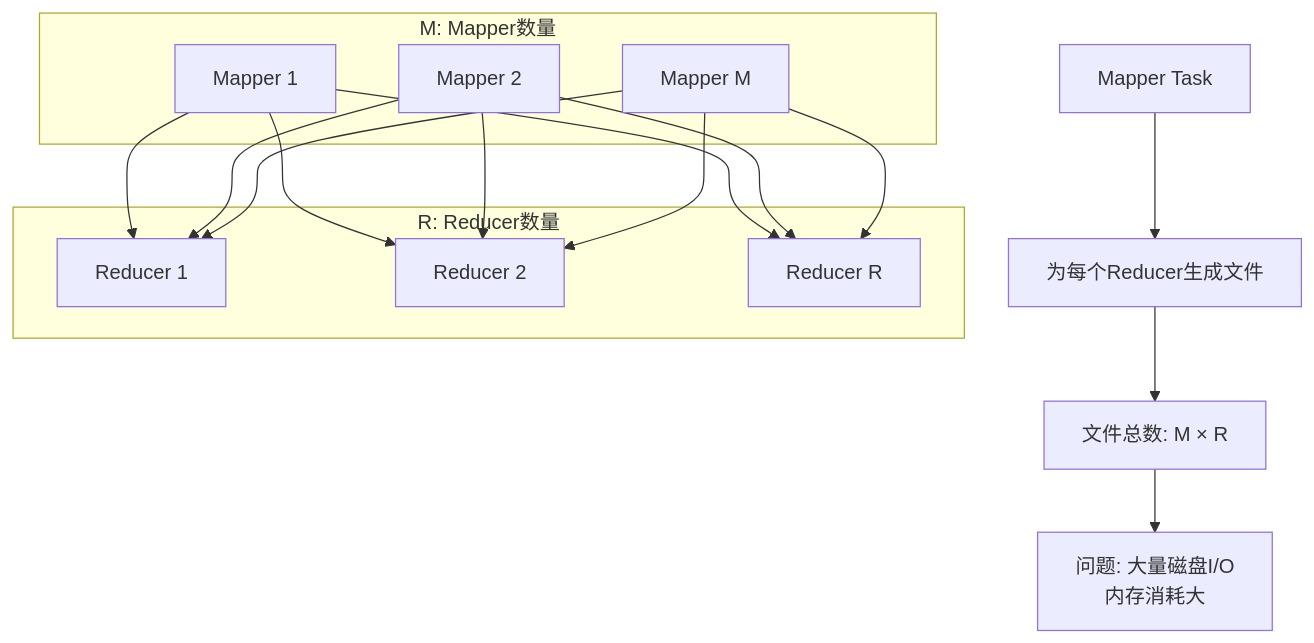
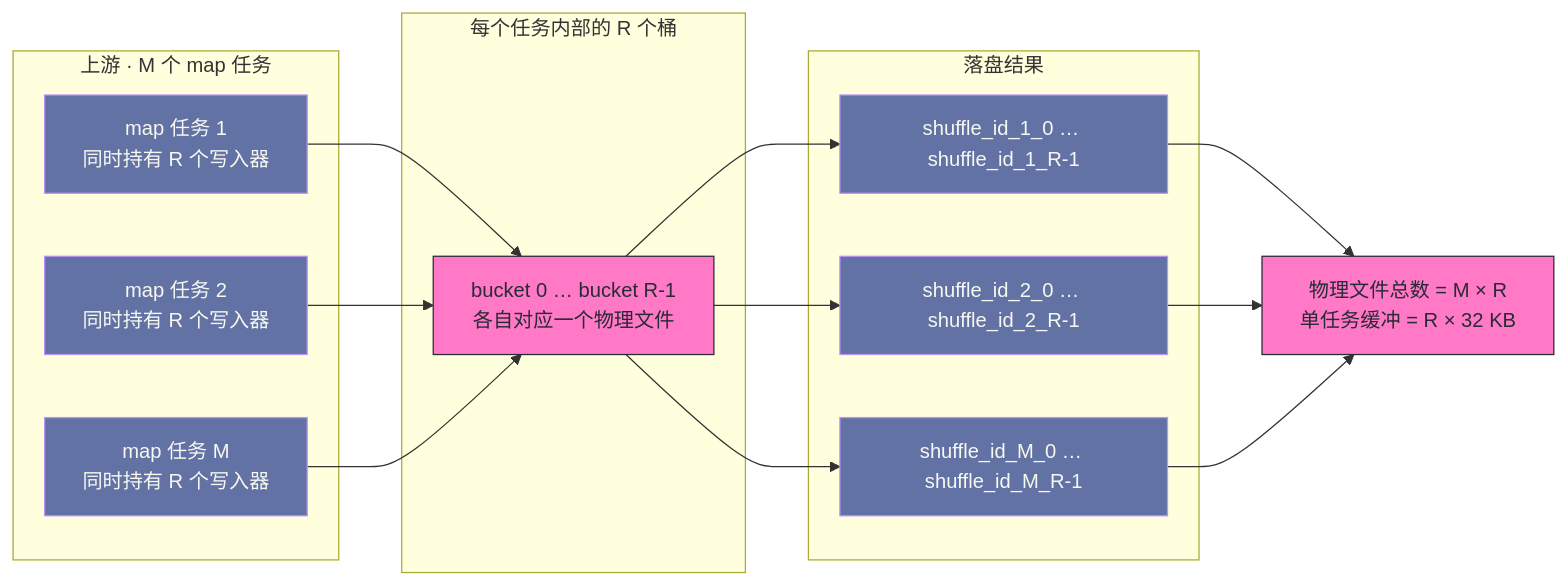
Before and after one commit to hpliStartAgain/my-brain: the first of 6 diagrams in content/大数据/Spark/读书笔记-spark内核/05_Shuffle核心机制/3. Spark_Shuffle框架演进与架构.md, drawn with Mermaid. The commit also changed other lines of this file and 259 other files, not shown here.

````diff
--- a/content/大数据/Spark/读书笔记-spark内核/05_Shuffle核心机制/3. Spark_Shuffle框架演进与架构.md
+++ b/content/大数据/Spark/读书笔记-spark内核/05_Shuffle核心机制/3. Spark_Shuffle框架演进与架构.md
@@ -29,28 +121,30 @@
 ```mermaid
-flowchart TD
-    A["Mapper Task"] --> B["为每个Reducer生成文件"]
-    B --> C["文件总数: M × R"]
-    C --> D["问题: 大量磁盘I/O<br>内存消耗大"]
-    
-    subgraph "M: Mapper数量"
-        M1["Mapper 1"]
-        M2["Mapper 2"]
-        M3["Mapper M"]
+%%{init: {'theme': 'dracula'}}%%
+flowchart LR
+    subgraph MP["上游 · M 个 map 任务"]
+        M1["map 任务 1<br/>同时持有 R 个写入器"]
+        M2["map 任务 2<br/>同时持有 R 个写入器"]
+        M3["map 任务 M<br/>同时持有 R 个写入器"]
     end
-    
-    subgraph "R: Reducer数量"
-        R1["Reducer 1"]
-        R2["Reducer 2"]
-        R3["Reducer R"]
+    subgraph BUCKET["每个任务内部的 R 个桶"]
+        BK["bucket 0 … bucket R-1<br/>各自对应一个物理文件"]
     end
-    
-    M1 --> R1
-    M1 --> R2
-    M1 --> R3
-    M2 --> R1
-    M2 --> R2
-    M2 --> R3
-    M3 --> R1
-    M3 --> R2
-    M3 --> R3
+    subgraph FILES["落盘结果"]
+        F1["shuffle_id_1_0 … shuffle_id_1_R-1"]
+        F2["shuffle_id_2_0 … shuffle_id_2_R-1"]
+        F3["shuffle_id_M_0 … shuffle_id_M_R-1"]
+    end
+    M1 --> BK
+    M2 --> BK
+    M3 --> BK
+    BK --> F1
+    BK --> F2
+    BK --> F3
+    F1 --> SUM["物理文件总数 = M × R<br/>单任务缓冲 = R × 32 KB"]
+    F2 --> SUM
+    F3 --> SUM
+    classDef hot fill:#ff79c6,stroke:#282a36,color:#282a36
+    classDef cold fill:#6272a4,stroke:#bd93f9,color:#f8f8f2
+    class SUM,BK hot
+    class M1,M2,M3,F1,F2,F3 cold
 ```
````
